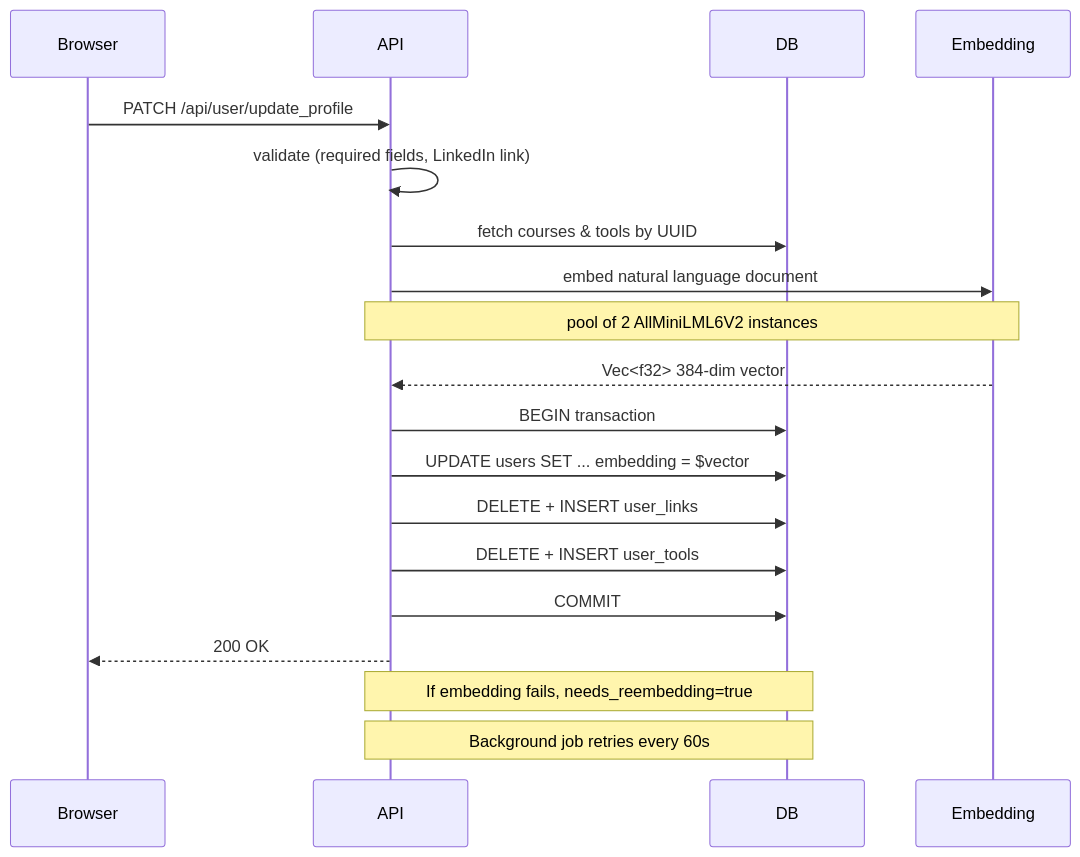
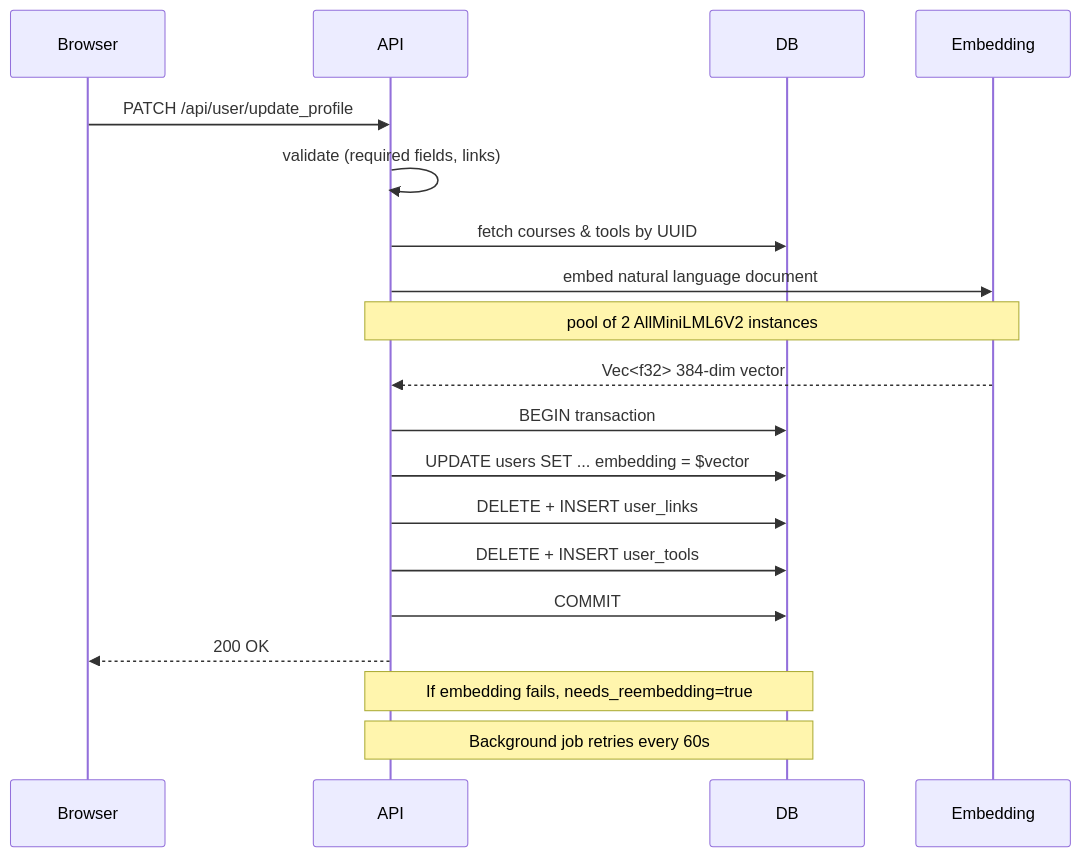
One commit to Kroplewski-M/student_showcase changed the third of 6 diagrams in README.md. Above: the diagram before and after it, drawn with Mermaid. The commit also changed other lines of this file, not shown here.

````diff
--- a/README.md
+++ b/README.md
@@ -130,23 +147,23 @@
 ```mermaid
 sequenceDiagram
     participant Browser
     participant API
     participant DB
     participant Embedding
 
     Browser->>API: PATCH /api/user/update_profile
-    API->>API: validate (required fields, LinkedIn link)
+    API->>API: validate (required fields, links)
     API->>DB: fetch courses & tools by UUID
     API->>Embedding: embed natural language document
     Note over API,Embedding: pool of 2 AllMiniLML6V2 instances
     Embedding-->>API: Vec<f32> 384-dim vector
     API->>DB: BEGIN transaction
     API->>DB: UPDATE users SET ... embedding = $vector
     API->>DB: DELETE + INSERT user_links
     API->>DB: DELETE + INSERT user_tools
     API->>DB: COMMIT
     API-->>Browser: 200 OK
 
     Note over API,DB: If embedding fails, needs_reembedding=true
     Note over API,DB: Background job retries every 60s
 ```
````
